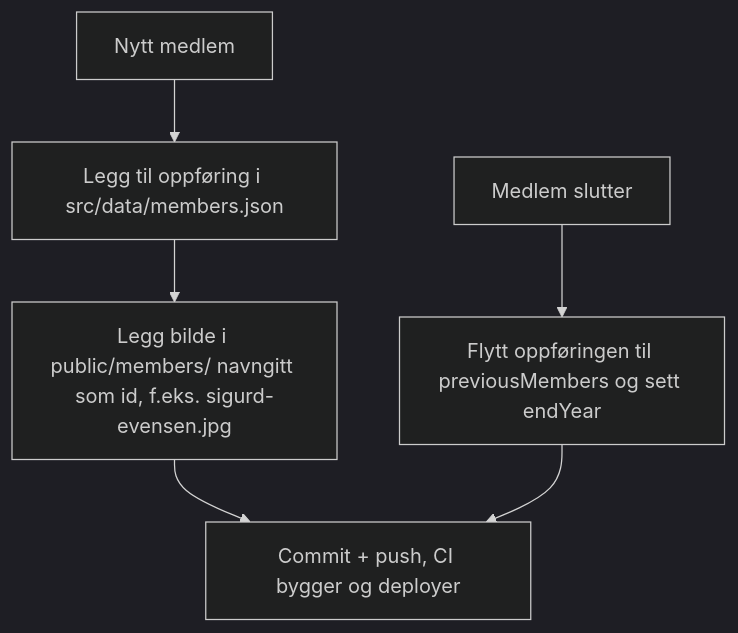
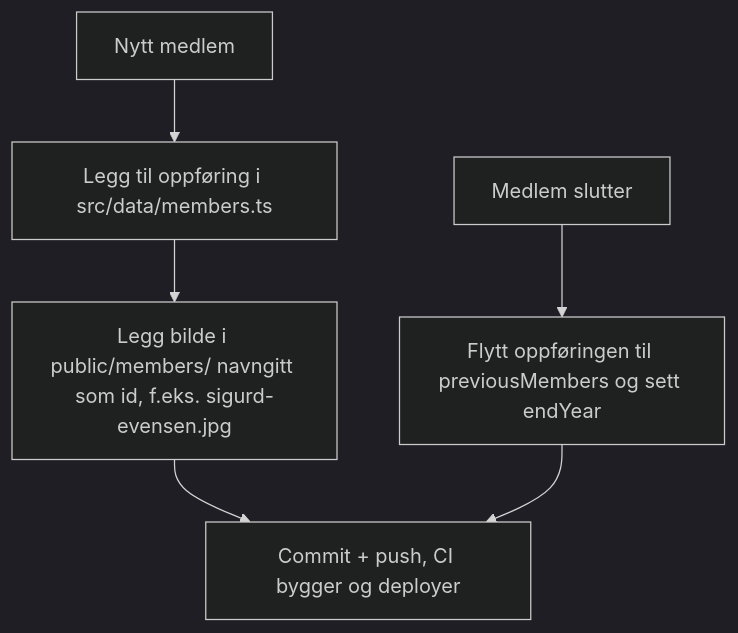
Before and after one commit to TIHLDE/Fondet: the third of 3 diagrams in README.md, drawn with Mermaid (dark theme). The commit also changed other lines of this file and 2 other files, not shown here.

````diff
--- a/README.md
+++ b/README.md
@@ -122,8 +165,8 @@
 ```mermaid
 flowchart TD
-    A[Nytt medlem] --> B[Legg til oppføring i src/data/members.json]
+    A[Nytt medlem] --> B[Legg til oppføring i src/data/members.ts]
     B --> C[Legg bilde i public/members/ navngitt som id, f.eks. sigurd-evensen.jpg]
     C --> D[Commit + push, CI bygger og deployer]
     E[Medlem slutter] --> F[Flytt oppføringen til previousMembers og sett endYear]
     F --> D
 ```
````
